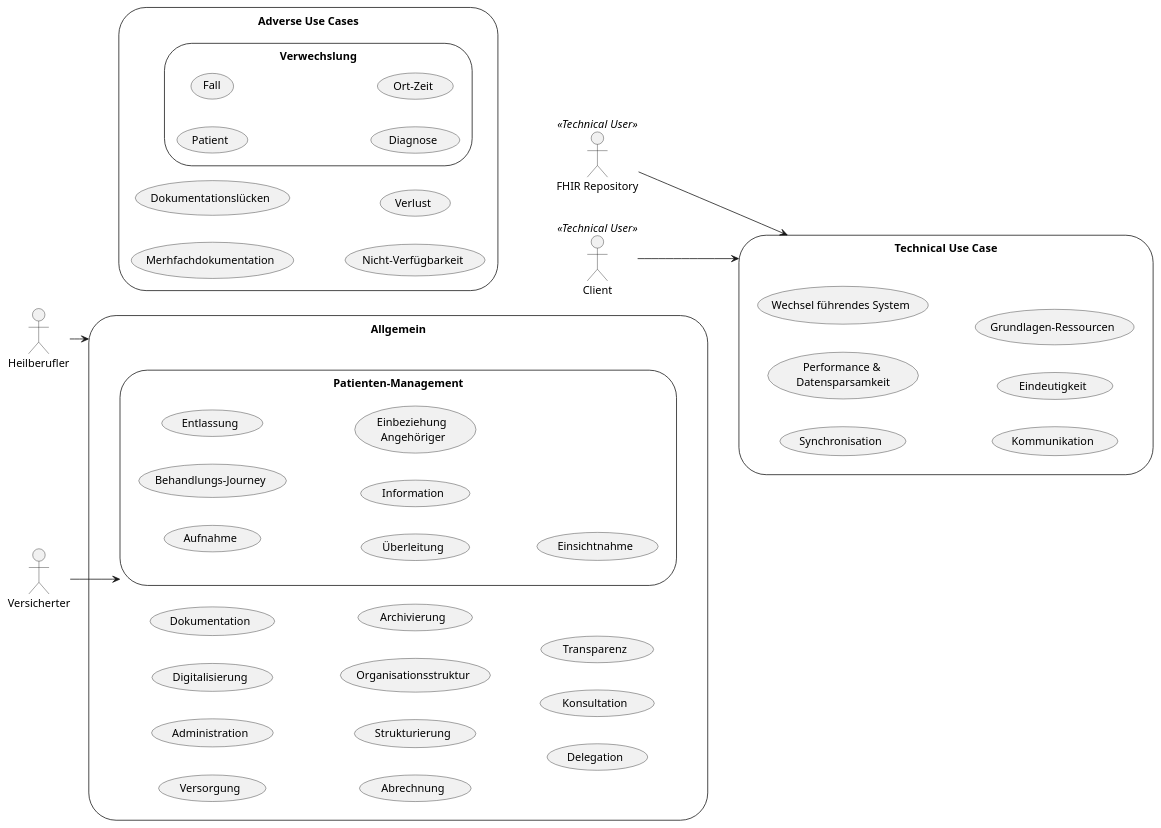
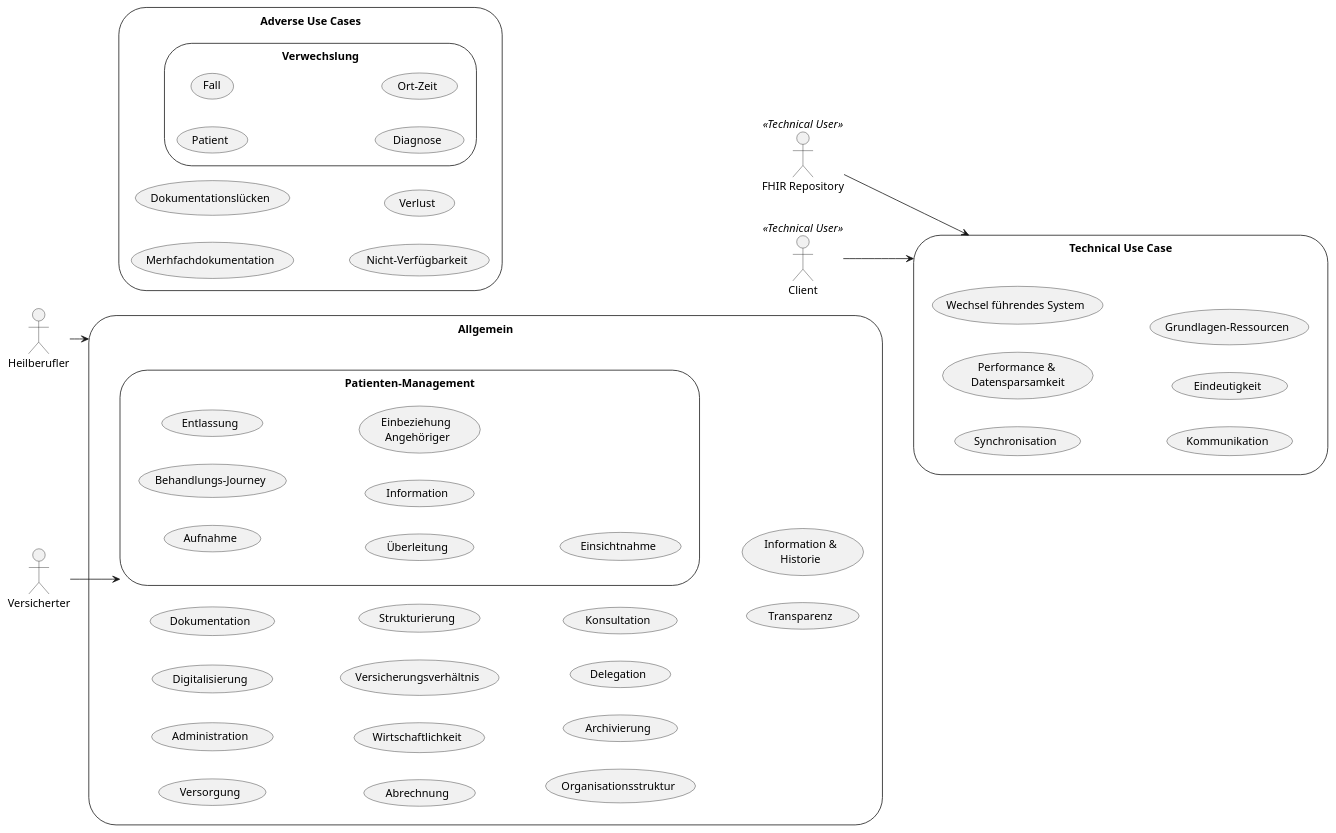
One commit to gematik/spec-ISiK-Basismodul changed the diagram in Material/images/src/plantuml/usecases.puml. Above: the diagram before and after it, drawn with PlantUML. The commit also changed 4 other files, not shown here.

```diff
--- a/Material/images/src/plantuml/usecases.puml
+++ b/Material/images/src/plantuml/usecases.puml
@@ -15,67 +15,70 @@
 @startuml usecases
 left to right direction
 'skinparam packageStyle cloud
 'skinparam linetype ortho
 
 'actor :FHIR Repository: as DB << Application >>
 actor :Heilberufler:
 actor :Versicherter:
 :FHIR Repository: as FhirRepo << Technical User >>
 :Client: as Client << Technical User >>
 
 storage gnrlUC as "Allgemein" {
     (Versorgung)
     (Administration)
     (Digitalisierung)
     (Dokumentation)
     (Abrechnung)
+    (Wirtschaftlichkeit)
+    (Versicherungsverhältnis)
     (Strukturierung)
     (Organisationsstruktur)
     (Archivierung)
     (Delegation)
     (Konsultation)
     (Transparenz)
+    (Information &\nHistorie)
     storage patientUC as "Patienten-Management"{
         (Aufnahme) 
         (Behandlungs-Journey)
         (Entlassung)
         (Überleitung)
         (Information)
         (Einbeziehung \nAngehöriger)
         (Einsichtnahme)
     }
 }
 
 storage adverseUC as "Adverse Use Cases" {
     storage (Verwechslung){
         (Patient)
         (Fall)
         (Diagnose)
         (Ort-Zeit)
     }
     (Merhfachdokumentation)
     (Dokumentationslücken)
     (Nicht-Verfügbarkeit)
     (Verlust)
 }
 
 storage techUC as "Technical Use Case" {
     (Synchronisation)
     (Performance & \nDatensparsamkeit)
     (Wechsel führendes System)
     (Kommunikation)
     (Eindeutigkeit)
     (Grundlagen-Ressourcen)
 }
 
 
 
 Heilberufler --> gnrlUC
 Versicherter --> patientUC
 
 FhirRepo --> techUC
 Client --> techUC
 
 'fncts --> adverseUC : mitigates
 'fncts --> gnrlUC : enables
 @enduml
```
